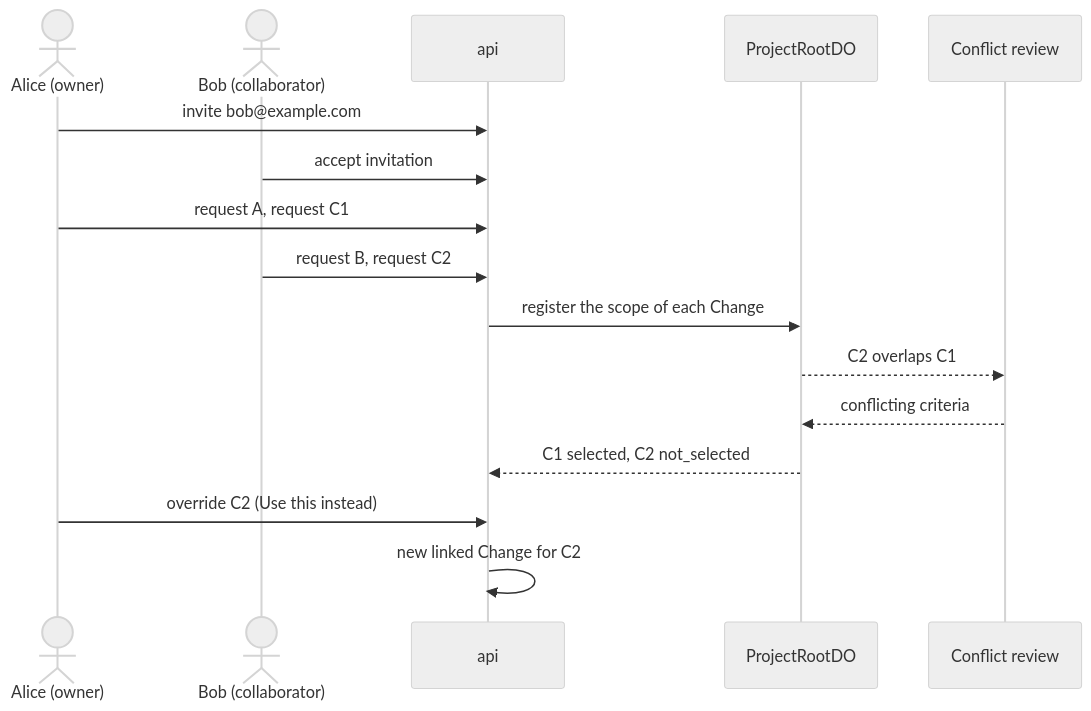
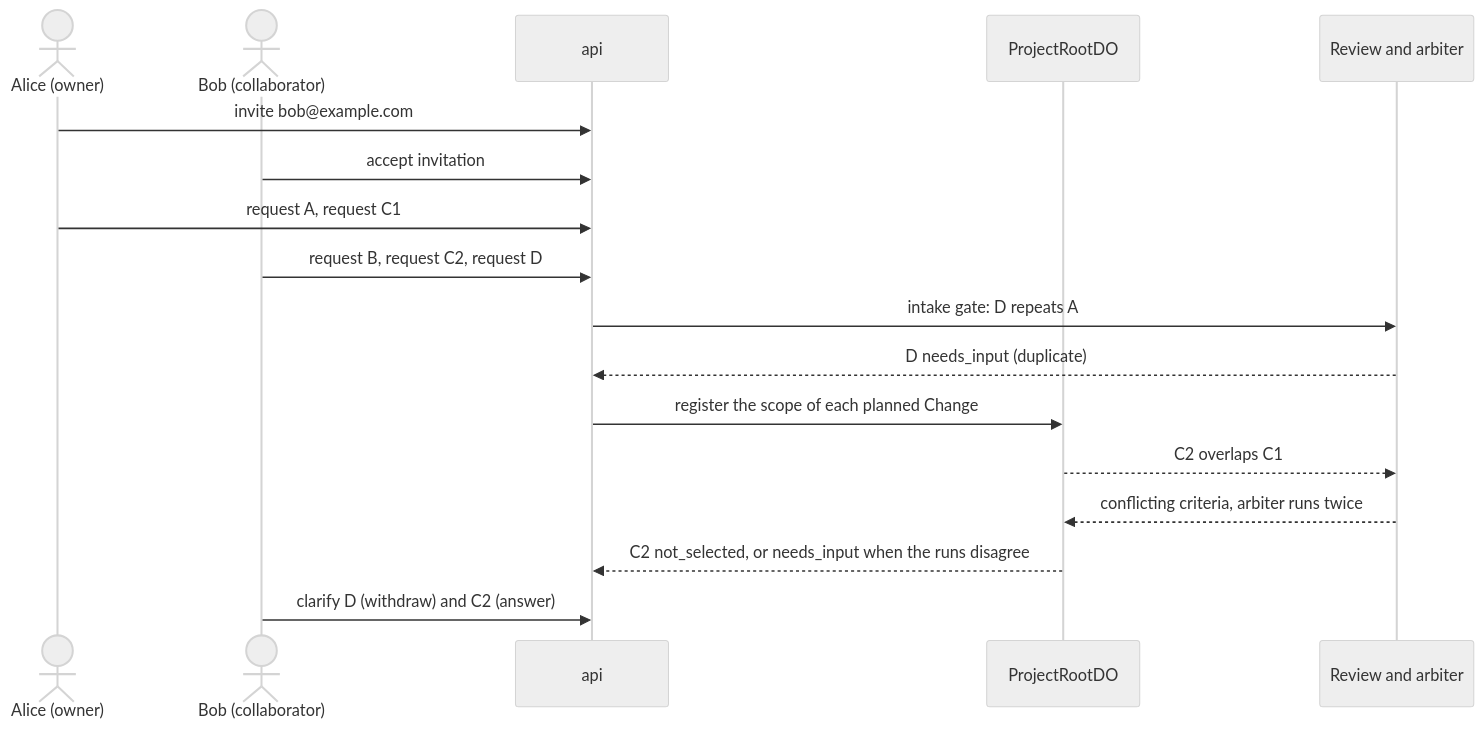
One commit to nsudhanva/rhumbatron changed the diagram in docs/demo/shared-requests.md. Above: the diagram before and after it, drawn with Mermaid (neutral theme). The commit also changed other lines of this file and 37 other files, not shown here.

First line of the commit message:
feat(integration): intake gate and system-decided requests replace owner priority

````diff
--- a/docs/demo/shared-requests.md
+++ b/docs/demo/shared-requests.md
@@ -7,18 +7,19 @@
 ```mermaid
 sequenceDiagram
   actor A as Alice (owner)
   actor B as Bob (collaborator)
   participant API as api
   participant R as ProjectRootDO
-  participant V as Conflict review
+  participant V as Review and arbiter
   A->>API: invite bob@example.com
   B->>API: accept invitation
   A->>API: request A, request C1
-  B->>API: request B, request C2
-  API->>R: register the scope of each Change
+  B->>API: request B, request C2, request D
+  API->>V: intake gate: D repeats A
+  V-->>API: D needs_input (duplicate)
+  API->>R: register the scope of each planned Change
   R-->>V: C2 overlaps C1
-  V-->>R: conflicting criteria
-  R-->>API: C1 selected, C2 not_selected
-  A->>API: override C2 (Use this instead)
-  API->>API: new linked Change for C2
+  V-->>R: conflicting criteria, arbiter runs twice
+  R-->>API: C2 not_selected, or needs_input when the runs disagree
+  B->>API: clarify D (withdraw) and C2 (answer)
 ```
````
